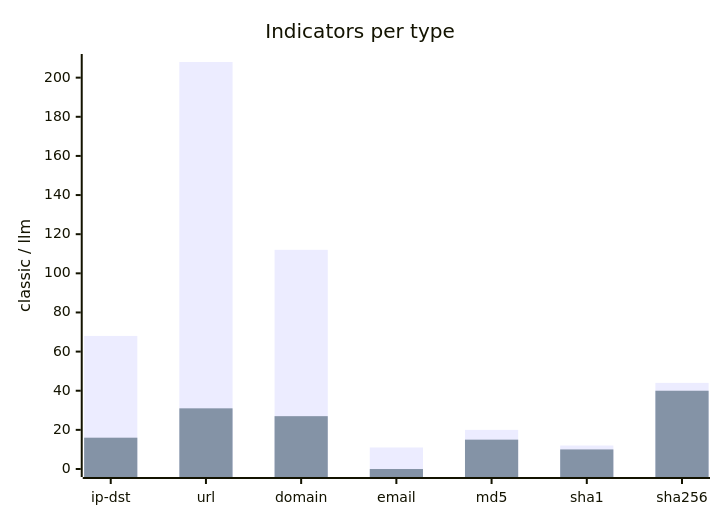
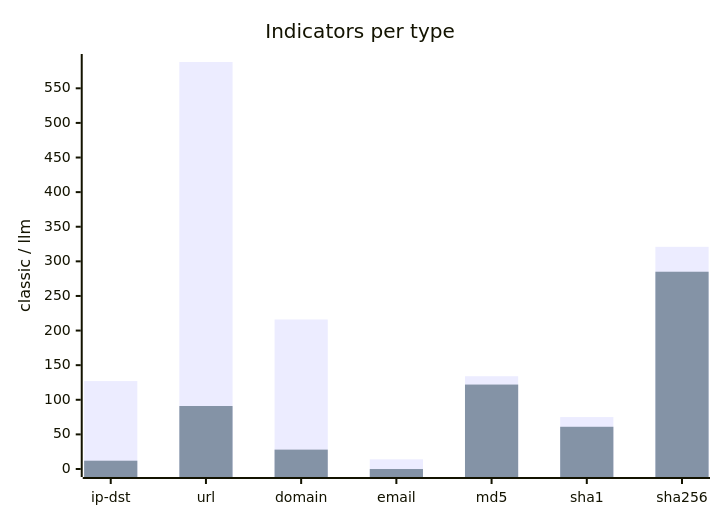
The fifth of 5 diagrams in docs/BENCHMARKS_extraction.md (MISP/ai-connector), drawn with Mermaid before and after one commit. The commit also changed other lines of this file and 6 other files, not shown here.

````diff
--- a/docs/BENCHMARKS_extraction.md
+++ b/docs/BENCHMARKS_extraction.md
@@ -151,8 +151,8 @@
 ```mermaid
 xychart-beta
   title "Indicators per type"
   x-axis ["ip-dst", "url", "domain", "email", "md5", "sha1", "sha256"]
-  y-axis "classic / llm" 0 --> 208
-  bar [68, 208, 112, 11, 20, 12, 44]
-  bar [16, 31, 27, 0, 15, 10, 40]
+  y-axis "classic / llm" 0 --> 588
+  bar [127, 588, 216, 14, 134, 75, 321]
+  bar [12, 91, 28, 0, 122, 61, 285]
 ```
````
